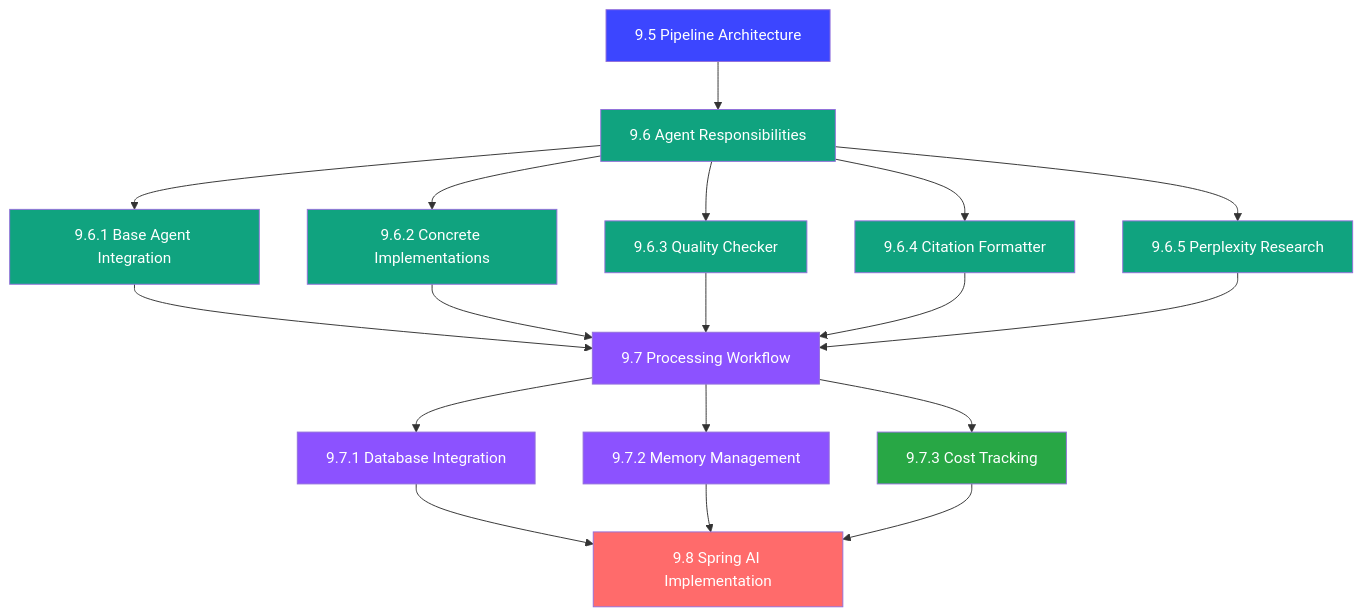
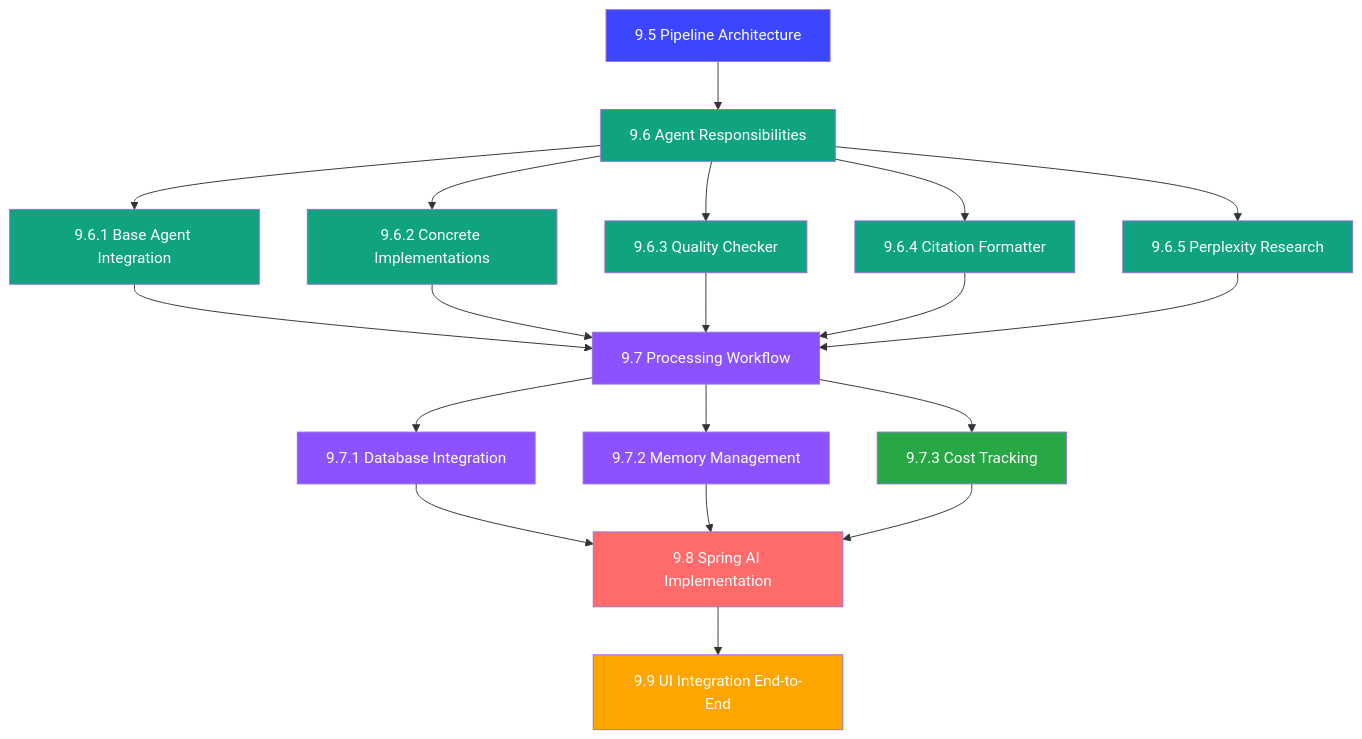
One commit to ToanPV90/answer42 changed the diagram in docs/multi-agent-pipeline-design/README.md. Above: the diagram before and after it, drawn with Mermaid. The commit also changed other lines of this file and 1 other file, not shown here.

First line of the commit message:
feat: Add complete end-to-end UI integration design (9.9)

````diff
--- a/docs/multi-agent-pipeline-design/README.md
+++ b/docs/multi-agent-pipeline-design/README.md
@@ -158,35 +183,39 @@
 ```mermaid
 flowchart TD
     A[9.5 Pipeline Architecture] --> B[9.6 Agent Responsibilities]
     B --> B1[9.6.1 Base Agent Integration]
     B --> B2[9.6.2 Concrete Implementations]
     B --> B3[9.6.3 Quality Checker]
     B --> B4[9.6.4 Citation Formatter]
     B --> B5[9.6.5 Perplexity Research]
 
     B1 --> C[9.7 Processing Workflow]
     B2 --> C
     B3 --> C
     B4 --> C
     B5 --> C
 
     C --> C1[9.7.1 Database Integration]
     C --> C2[9.7.2 Memory Management]
     C --> C3[9.7.3 Cost Tracking]
 
     C1 --> D[9.8 Spring AI Implementation]
     C2 --> D
     C3 --> D
 
+    D --> E[9.9 UI Integration End-to-End]
+
     classDef architecture fill:#3C46FF,color:white;
     classDef agents fill:#10A37F,color:white;
     classDef workflow fill:#8c52ff,color:white;
     classDef implementation fill:#FF6B6B,color:white;
+    classDef ui fill:#FFA500,color:white;
     classDef completed fill:#28a745,color:white;
 
     class A architecture;
     class B,B1,B2,B3,B4,B5 agents;
     class C,C1,C2,C3 workflow;
     class D implementation;
+    class E ui;
     class C3 completed;
 ```
````
